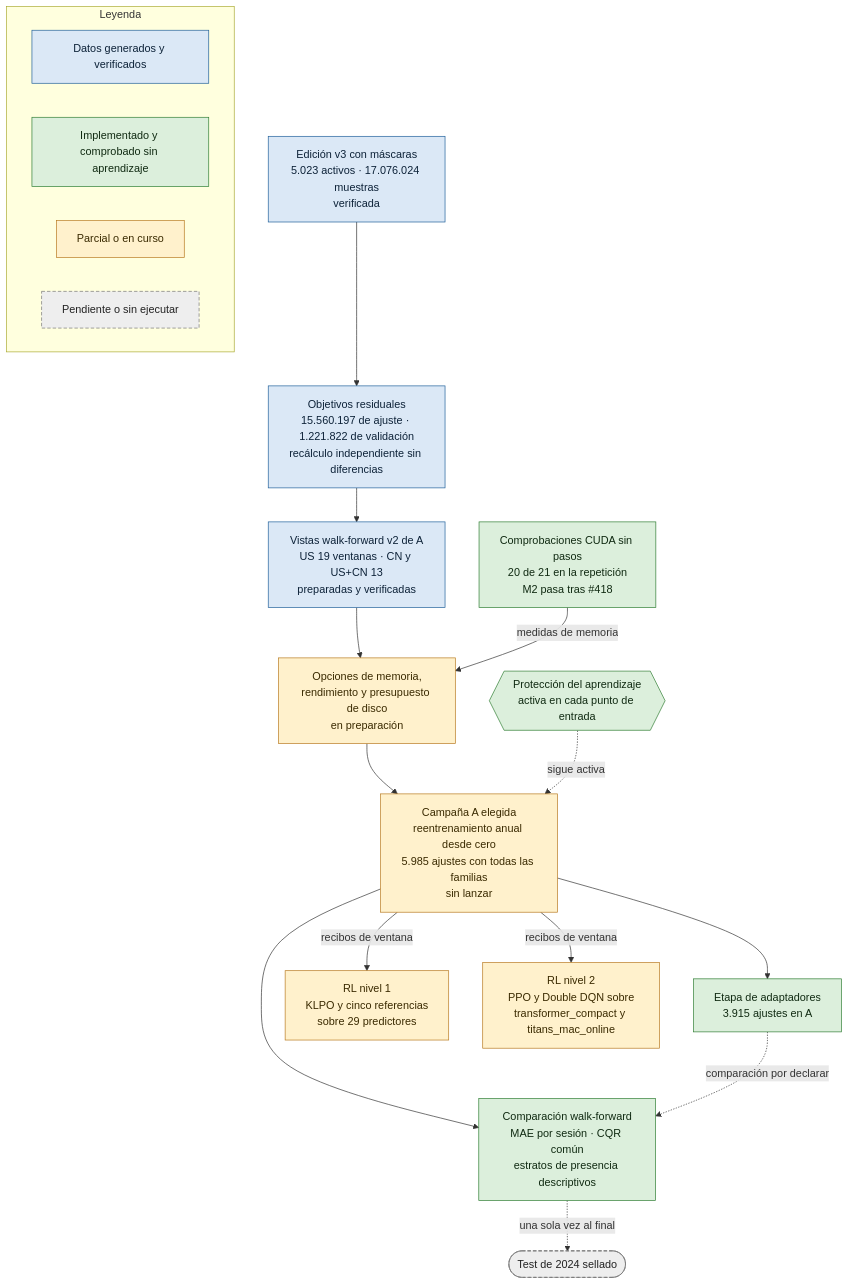
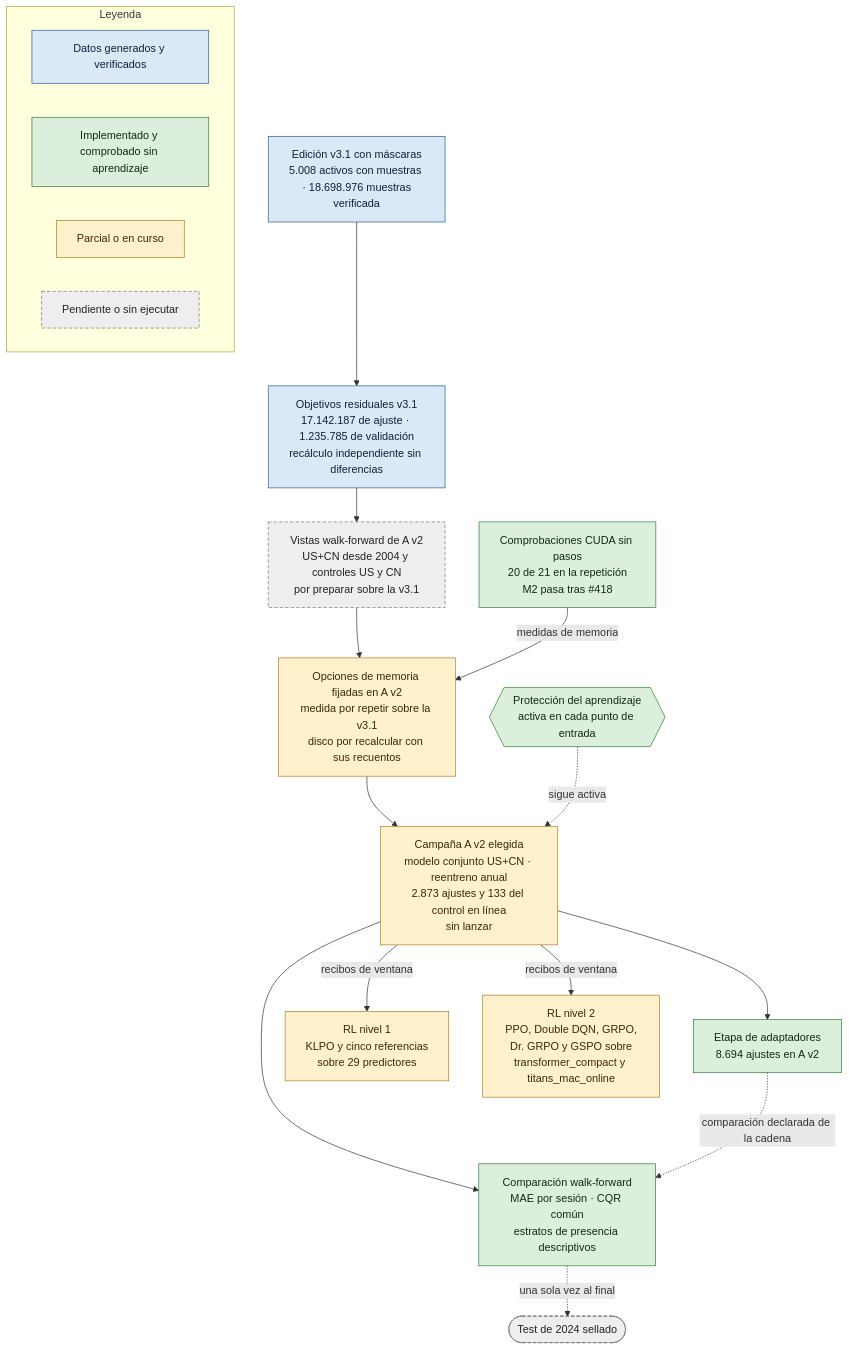
The first of 3 diagrams in README.md (GonxKZ/mars-titan), drawn with Mermaid before and after one commit. The commit also changed other lines of this file and 7 other files, not shown here.

````diff
--- a/README.md
+++ b/README.md
@@ -37,37 +37,37 @@
 ```mermaid
 flowchart TD
-    E["Edición v3 con máscaras<br/>5.023 activos · 17.076.024 muestras<br/>verificada"]:::ejecutado
-    O["Objetivos residuales<br/>15.560.197 de ajuste · 1.221.822 de validación<br/>recálculo independiente sin diferencias"]:::ejecutado
+    E["Edición v3.1 con máscaras<br/>5.008 activos con muestras · 18.698.976 muestras<br/>verificada"]:::ejecutado
+    O["Objetivos residuales v3.1<br/>17.142.187 de ajuste · 1.235.785 de validación<br/>recálculo independiente sin diferencias"]:::ejecutado
     H{{"Protección del aprendizaje<br/>activa en cada punto de entrada"}}:::comprobado
-    W["Vistas walk-forward v2 de A<br/>US 19 ventanas · CN y US+CN 13<br/>preparadas y verificadas"]:::ejecutado
+    W["Vistas walk-forward de A v2<br/>US+CN desde 2004 y controles US y CN<br/>por preparar sobre la v3.1"]:::pendiente
     K["Comprobaciones CUDA sin pasos<br/>20 de 21 en la repetición<br/>M2 pasa tras #418"]:::comprobado
-    Q["Opciones de memoria,<br/>rendimiento y presupuesto de disco<br/>en preparación"]:::parcial
-    A["Campaña A elegida<br/>reentrenamiento anual desde cero<br/>5.985 ajustes con todas las familias<br/>sin lanzar"]:::parcial
-    P["Etapa de adaptadores<br/>3.915 ajustes en A"]:::comprobado
+    Q["Opciones de memoria fijadas en A v2<br/>medida por repetir sobre la v3.1<br/>disco por recalcular con sus recuentos"]:::parcial
+    A["Campaña A v2 elegida<br/>modelo conjunto US+CN · reentreno anual<br/>2.873 ajustes y 133 del control en línea<br/>sin lanzar"]:::parcial
+    P["Etapa de adaptadores<br/>8.694 ajustes en A v2"]:::comprobado
     R1["RL nivel 1<br/>KLPO y cinco referencias<br/>sobre 29 predictores"]:::parcial
-    R2["RL nivel 2<br/>PPO y Double DQN sobre<br/>transformer_compact y titans_mac_online"]:::parcial
+    R2["RL nivel 2<br/>PPO, Double DQN, GRPO,<br/>Dr. GRPO y GSPO sobre<br/>transformer_compact y titans_mac_online"]:::parcial
     C["Comparación walk-forward<br/>MAE por sesión · CQR común<br/>estratos de presencia descriptivos"]:::comprobado
     T(["Test de 2024 sellado"]):::pendiente
 
     E --> O --> W --> Q --> A
     K -- medidas de memoria --> Q
     H -. sigue activa .-> A
     A --> P
     A -- recibos de ventana --> R1
     A -- recibos de ventana --> R2
     A --> C
-    P -. comparación por declarar .-> C
+    P -. comparación declarada de la cadena .-> C
     C -. una sola vez al final .-> T
 
     subgraph LEY["Leyenda"]
         L0["Datos generados y verificados"]:::ejecutado
         L1["Implementado y comprobado sin aprendizaje"]:::comprobado
         L2["Parcial o en curso"]:::parcial
         L3["Pendiente o sin ejecutar"]:::pendiente
     end
 
     classDef ejecutado fill:#dbe8f6,stroke:#1f5f99,color:#0d2238
     classDef comprobado fill:#dcefdc,stroke:#2e7d32,color:#102a12
     classDef parcial fill:#fff1cc,stroke:#b7791f,color:#3a2a00
     classDef pendiente fill:#eeeeee,stroke:#757575,color:#222222,stroke-dasharray:5 3
 ```
````
